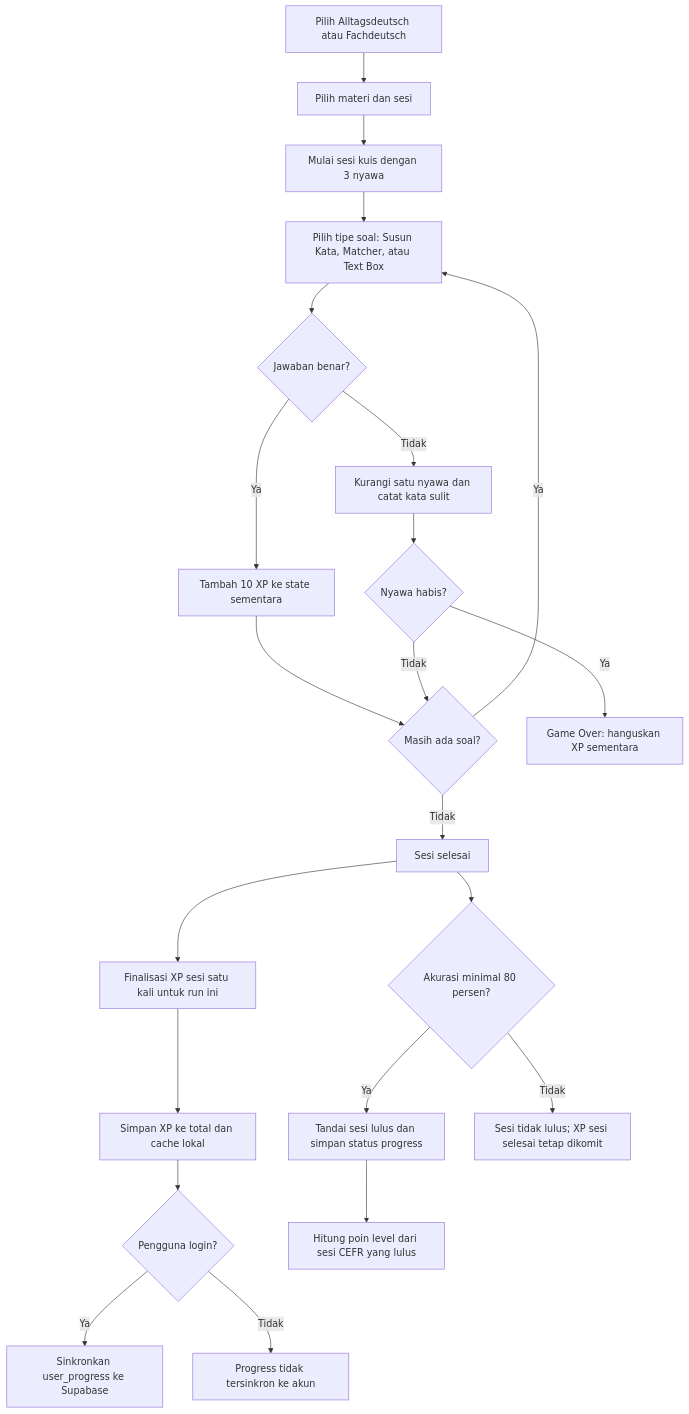
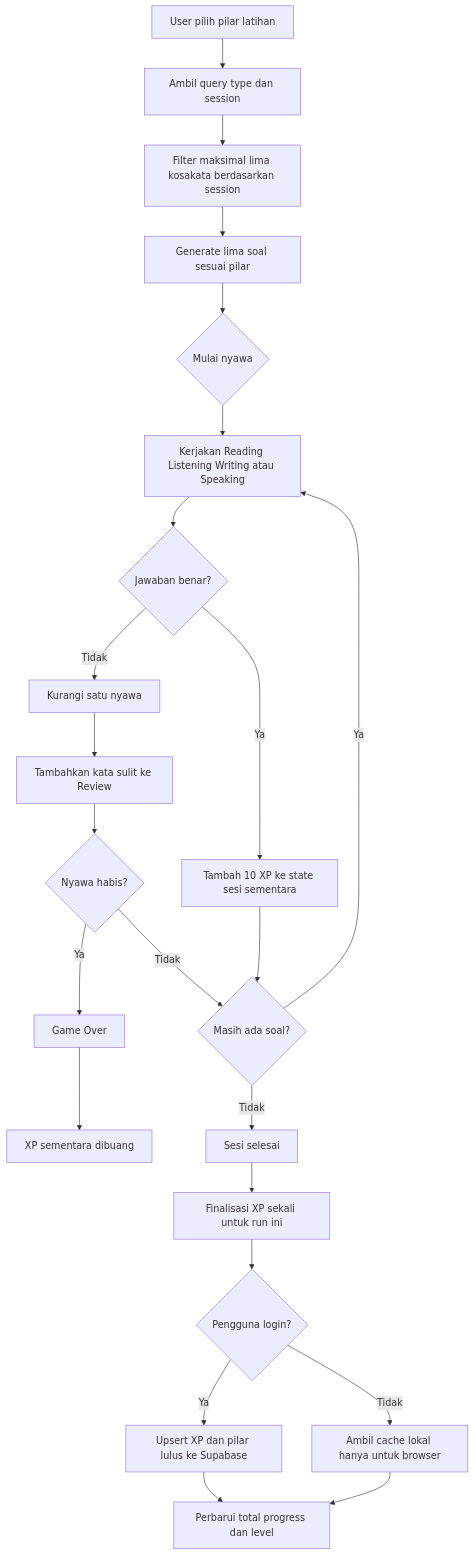
Before and after one commit to nandayudhistirawibowo/NdUniverse: the third of 9 diagrams in FLOWCHART.md, drawn with Mermaid. The commit also changed other lines of this file and 3 other files, not shown here.

Commit message:
docs: update final documentation for V2.0 (4 Pilar CEFR, Goethe Exam, TTS)

````diff
--- a/FLOWCHART.md
+++ b/FLOWCHART.md
@@ -34,24 +40,25 @@
 ```mermaid
 flowchart TD
-    A[Pilih Alltagsdeutsch atau Fachdeutsch] --> B[Pilih materi dan sesi]
-    B --> C[Mulai sesi kuis dengan 3 nyawa]
-    C --> D[Pilih tipe soal: Susun Kata, Matcher, atau Text Box]
-    D --> E{Jawaban benar?}
-    E -->|Ya| F[Tambah 10 XP ke state sementara]
-    E -->|Tidak| G[Kurangi satu nyawa dan catat kata sulit]
-    F --> H{Masih ada soal?}
-    G --> I{Nyawa habis?}
-    I -->|Ya| J[Game Over: hanguskan XP sementara]
-    I -->|Tidak| H
-    H -->|Ya| D
-    H -->|Tidak| K[Sesi selesai]
-    K --> L[Finalisasi XP sesi satu kali untuk run ini]
-    L --> M[Simpan XP ke total dan cache lokal]
-    M --> N{Pengguna login?}
-    N -->|Ya| O[Sinkronkan user_progress ke Supabase]
-    N -->|Tidak| P[Progress tidak tersinkron ke akun]
-    K --> Q{Akurasi minimal 80 persen?}
-    Q -->|Ya| R[Tandai sesi lulus dan simpan status progress]
-    Q -->|Tidak| S[Sesi tidak lulus; XP sesi selesai tetap dikomit]
-    R --> T[Hitung poin level dari sesi CEFR yang lulus]
+    A[User pilih pilar latihan] --> B[Ambil query type dan session]
+    B --> C[Filter maksimal lima kosakata berdasarkan session]
+    C --> D[Generate lima soal sesuai pilar]
+    D --> E{Mulai nyawa}
+    E --> F[Kerjakan Reading Listening Writing atau Speaking]
+    F --> G{Jawaban benar?}
+    G -->|Ya| H[Tambah 10 XP ke state sesi sementara]
+    G -->|Tidak| I[Kurangi satu nyawa]
+    I --> J[Tambahkan kata sulit ke Review]
+    J --> K{Nyawa habis?}
+    K -->|Ya| L[Game Over]
+    L --> M[XP sementara dibuang]
+    K -->|Tidak| N{Masih ada soal?}
+    H --> N
+    N -->|Ya| F
+    N -->|Tidak| O[Sesi selesai]
+    O --> P[Finalisasi XP sekali untuk run ini]
+    P --> Q{Pengguna login?}
+    Q -->|Ya| R[Upsert XP dan pilar lulus ke Supabase]
+    Q -->|Tidak| S[Ambil cache lokal hanya untuk browser]
+    R --> T[Perbarui total progress dan level]
+    S --> T
 ```
````
